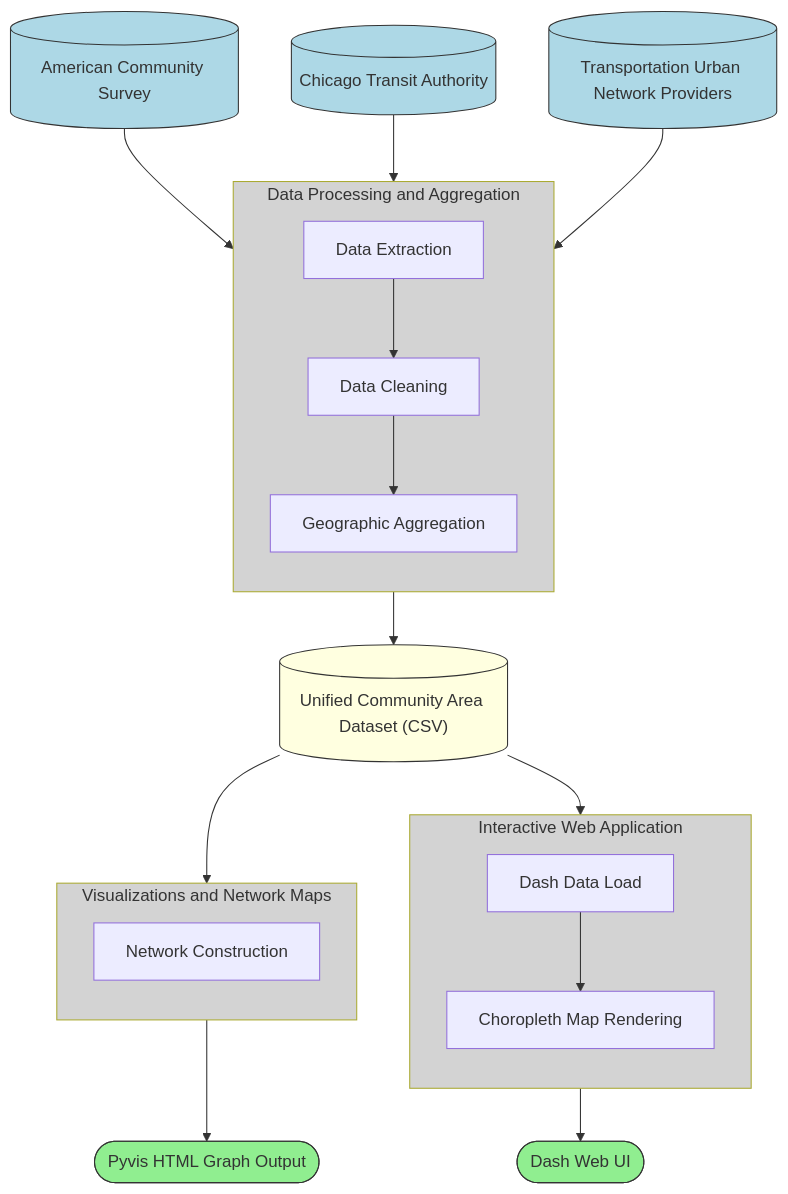
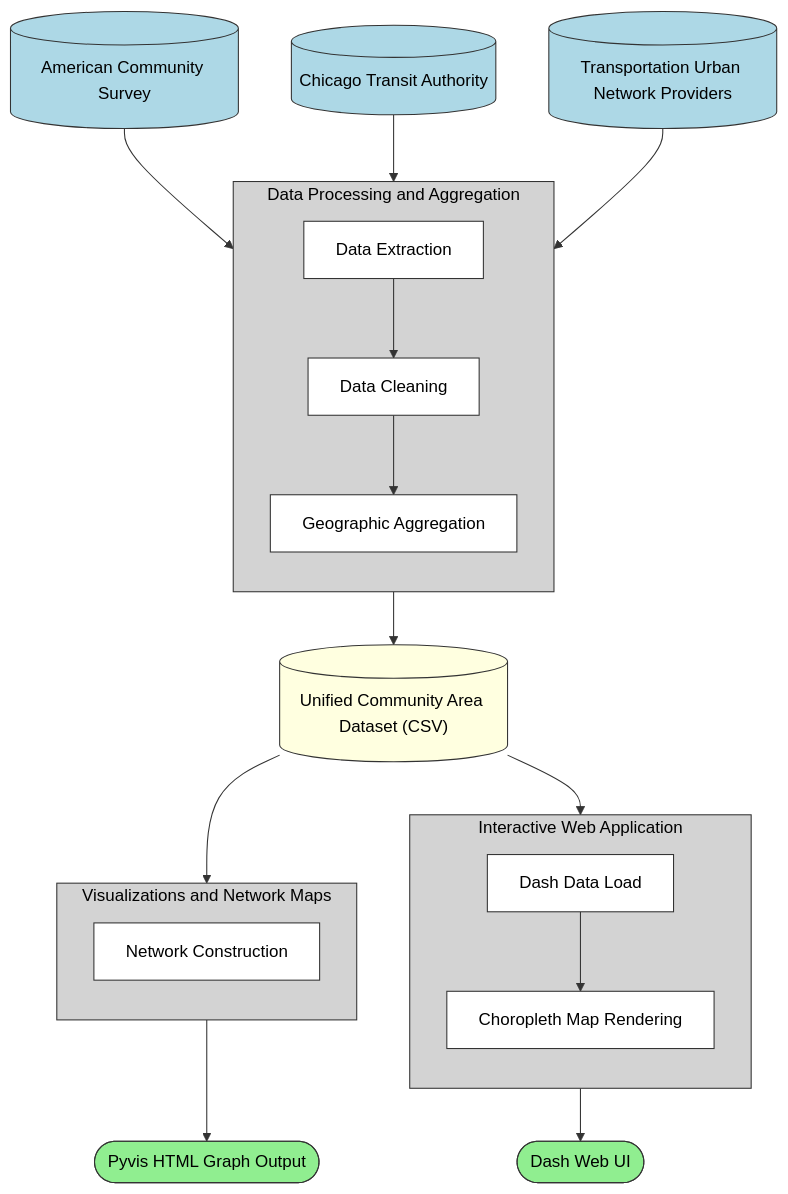
One commit to uchicago-2026-capp30122/project-cdhw changed the diagram in documents/project_structure_diagram.mmd. Above: the diagram before and after it, drawn with Mermaid. The commit also changed 2 other files, not shown here.

Commit message:
Format diagrams

```diff
--- a/documents/project_structure_diagram.mmd
+++ b/documents/project_structure_diagram.mmd
@@ -1,49 +1,50 @@
 graph TB
     ACS[("American Community Survey")]:::lightblue
     CTA[("Chicago Transit Authority")]:::lightblue
     TUNP[("Transportation Urban Network Providers")]:::lightblue
     Dataset[("Unified Community Area Dataset (CSV)")]:::lightyellow
     DashUI(["Dash Web UI"]):::lightgreen
     PyvisUI(["Pyvis HTML Graph Output"]):::lightgreen
 
     subgraph cluster_processing ["Data Processing and Aggregation"]
         direction TB
         DataExt["Data Extraction"]
         DataClean["Data Cleaning"]
         GeoAgg["Geographic Aggregation"]
     end
-    style cluster_processing fill:lightgray
+    style cluster_processing fill:lightgray,color:#000000,stroke:#333333
     
     subgraph cluster_dash ["Interactive Web Application"]
         direction TB
         DashLoad["Dash Data Load"]
         Choropleth["Choropleth Map Rendering"]
     end
-    style cluster_dash fill:lightgray
+    style cluster_dash fill:lightgray,color:#000000,stroke:#333333
     
     subgraph cluster_viz ["Visualizations and Network Maps"]
         direction TB
         NetConst["Network Construction"]
     end
-    style cluster_viz fill:lightgray
+    style cluster_viz fill:lightgray,color:#000000,stroke:#333333
     
     %% Processing Flow
     ACS --> DataExt
     CTA --> DataExt
     TUNP --> DataExt
     DataExt --> DataClean
     DataClean --> GeoAgg
     GeoAgg --> Dataset
     
     %% Dashboard Flow
     Dataset --> DashLoad
     DashLoad --> Choropleth
     Choropleth --> DashUI
     
     %% Visualization Flow
     Dataset --> NetConst
     NetConst --> PyvisUI
 
-    classDef lightblue fill:lightblue,stroke:#333,stroke-width:1px
-    classDef lightyellow fill:lightyellow,stroke:#333,stroke-width:1px
-    classDef lightgreen fill:lightgreen,stroke:#333,stroke-width:1px
+    classDef default fill:#ffffff,color:#000000,stroke:#333333,stroke-width:1px
+    classDef lightblue fill:lightblue,color:#000000,stroke:#333,stroke-width:1px
+    classDef lightyellow fill:lightyellow,color:#000000,stroke:#333,stroke-width:1px
+    classDef lightgreen fill:lightgreen,color:#000000,stroke:#333,stroke-width:1px
```
